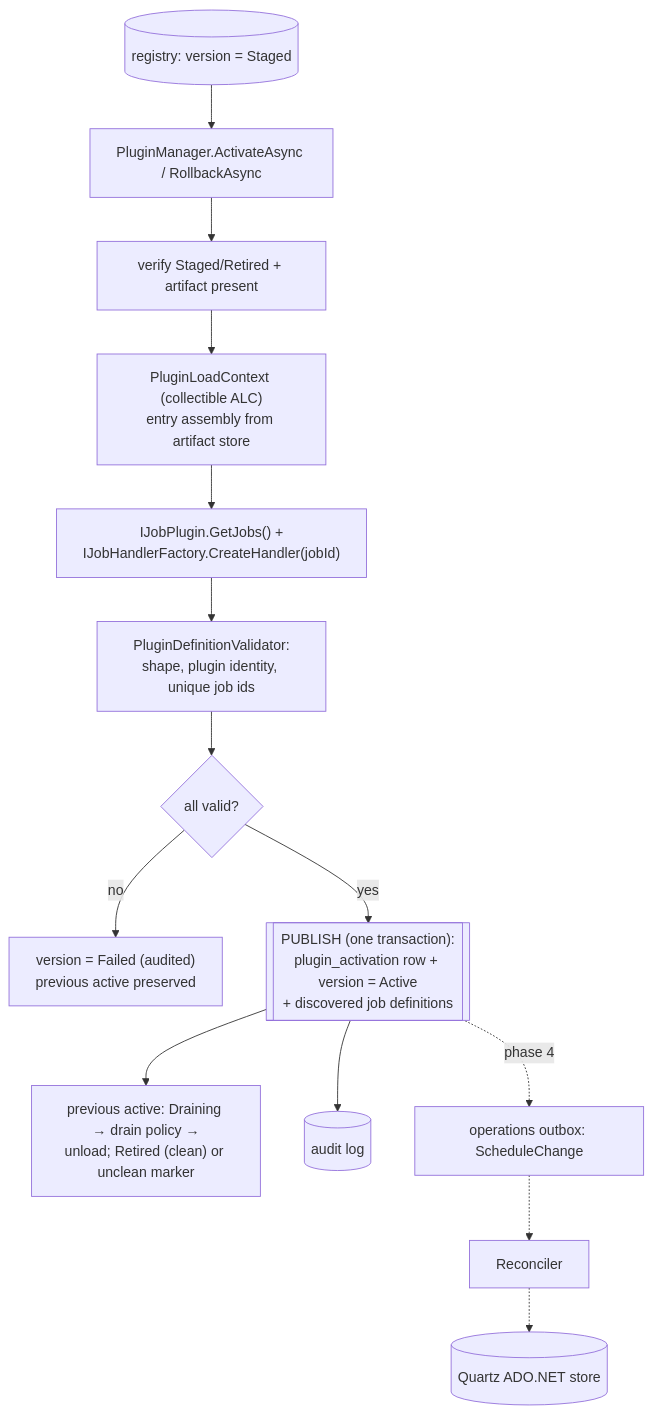
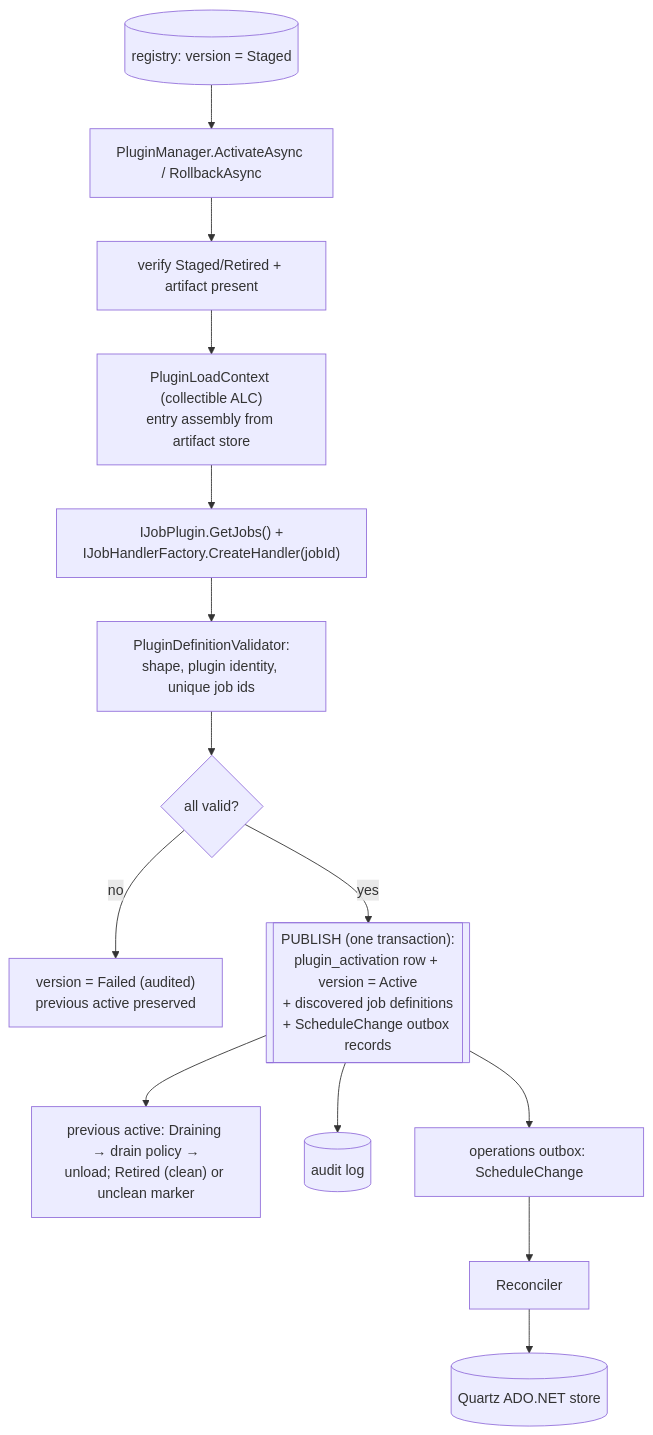
The second of 5 diagrams in docs/graphs/plugin-workflows.md (nicknad/job-scheduler), drawn with Mermaid before and after one commit. The commit also changed other lines of this file and 40 other files, not shown here.

First line of the commit message:
feat(scheduling): implement Phase 4 Quartz integration and reconciliation

````diff
--- a/docs/graphs/plugin-workflows.md
+++ b/docs/graphs/plugin-workflows.md
@@ -49,16 +50,16 @@
 ```mermaid
 flowchart TD
   REG[("registry: version = Staged")] --> ACTAPI["PluginManager.ActivateAsync / RollbackAsync"]
   ACTAPI --> LQ["verify Staged/Retired + artifact present"]
   LQ --> LC["PluginLoadContext (collectible ALC)<br/>entry assembly from artifact store"]
   LC --> DISC["IJobPlugin.GetJobs() +<br/>IJobHandlerFactory.CreateHandler(jobId)"]
   DISC --> DEF["PluginDefinitionValidator:<br/>shape, plugin identity, unique job ids"]
   DEF --> ACC{"all valid?"}
   ACC -- "no" --> FAIL["version = Failed (audited)<br/>previous active preserved"]
-  ACC -- "yes" --> ACT[["PUBLISH (one transaction):<br/>plugin_activation row + version = Active<br/>+ discovered job definitions"]]
+  ACC -- "yes" --> ACT[["PUBLISH (one transaction):<br/>plugin_activation row + version = Active<br/>+ discovered job definitions<br/>+ ScheduleChange outbox records"]]
   ACT --> RETIRE["previous active: Draining → drain policy →<br/>unload; Retired (clean) or unclean marker"]
   ACT --> AUD[("audit log")]
-  ACT -. "phase 4" .-> OUT["operations outbox: ScheduleChange"]
-  OUT -.-> REC["Reconciler"]
-  REC -.-> QZ[("Quartz ADO.NET store")]
+  ACT --> OUT["operations outbox: ScheduleChange"]
+  OUT --> REC["Reconciler"]
+  REC --> QZ[("Quartz ADO.NET store")]
 ```
````
